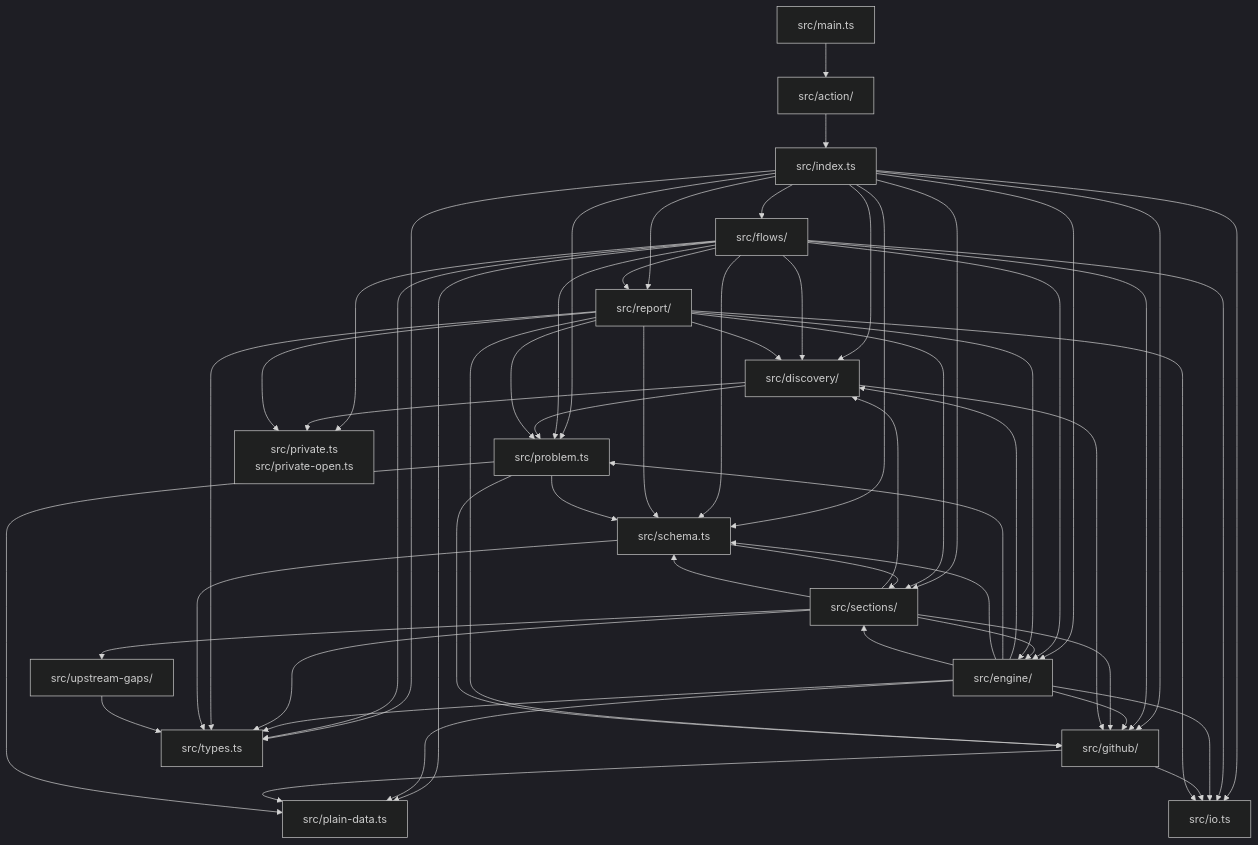
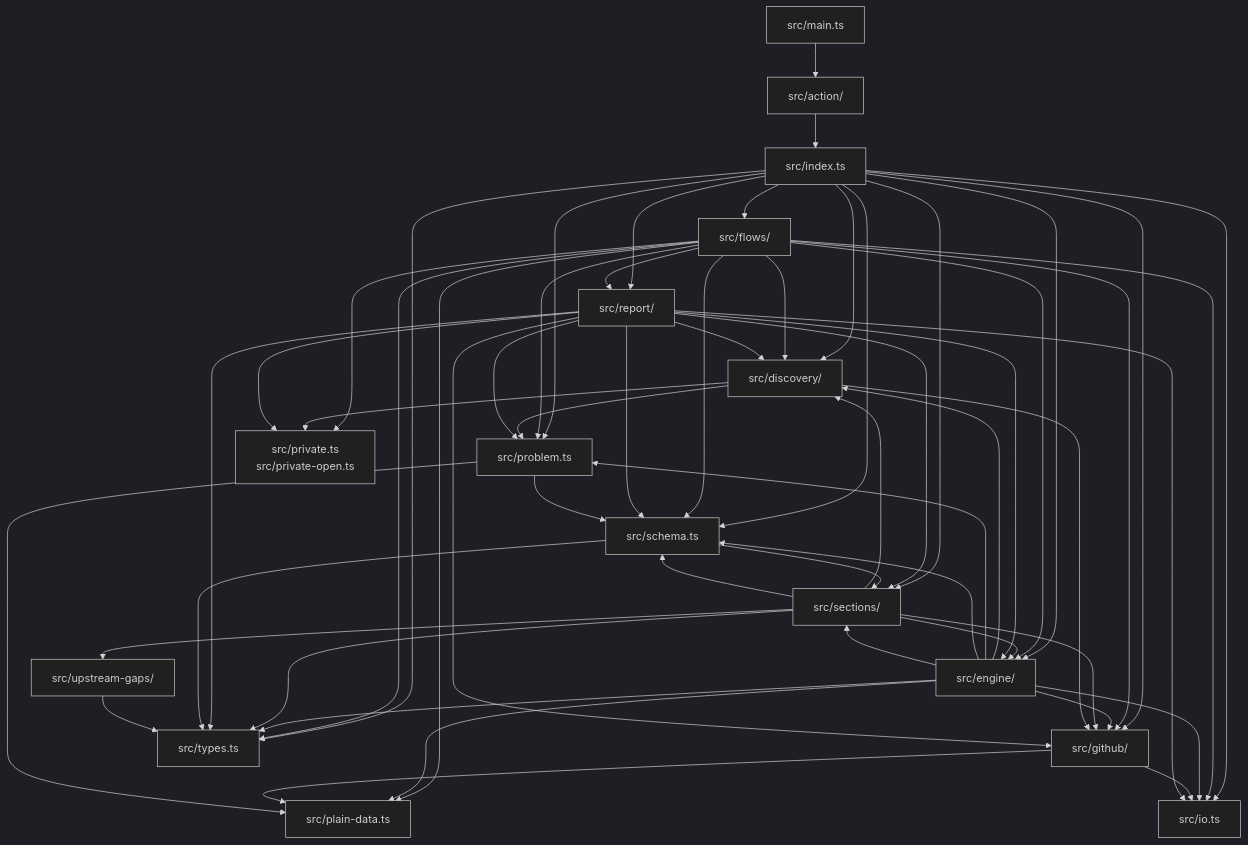
The eighth of 8 diagrams in docs/reference/architecture.md (Vivswan/github-settings-as-code), drawn with Mermaid (dark theme) before and after one commit. The commit also changed 7 other files, not shown here.

````diff
--- a/docs/reference/architecture.md
+++ b/docs/reference/architecture.md
@@ -229,75 +229,74 @@
 ```mermaid
 graph TD
   main["src/main.ts"]
   action["src/action/"]
   library["src/index.ts"]
   flows["src/flows/"]
   engine["src/engine/"]
   sections["src/sections/"]
   github["src/github/"]
   discovery["src/discovery/"]
   report["src/report/"]
   schema["src/schema.ts"]
   io["src/io.ts"]
   problem["src/problem.ts"]
   types["src/types.ts"]
   plain_data["src/plain-data.ts"]
   private["src/private.ts<br>src/private-open.ts"]
   upstream_gaps["src/upstream-gaps/"]
   main --> action
   action --> library
   library --> discovery
   library --> engine
   library --> flows
   library --> github
   library --> io
   library --> problem
   library --> report
   library --> schema
   library --> sections
   library --> types
   flows --> discovery
   flows --> engine
   flows --> github
   flows --> io
   flows --> plain_data
   flows --> private
   flows --> problem
   flows --> report
   flows --> schema
   flows --> types
   engine --> discovery
   engine --> github
   engine --> io
   engine --> plain_data
   engine --> problem
   engine --> schema
   engine --> sections
   engine --> types
   sections --> discovery
   sections --> engine
   sections --> github
   sections --> schema
   sections --> types
   sections --> upstream_gaps
   github --> io
   github --> plain_data
   discovery --> github
   discovery --> private
   discovery --> problem
   report --> discovery
   report --> engine
   report --> github
   report --> io
   report --> private
   report --> problem
   report --> schema
   report --> sections
   report --> types
-  problem --> github
   problem --> plain_data
   problem --> schema
   schema --> sections
   schema --> types
   upstream_gaps --> types
 ```
````
